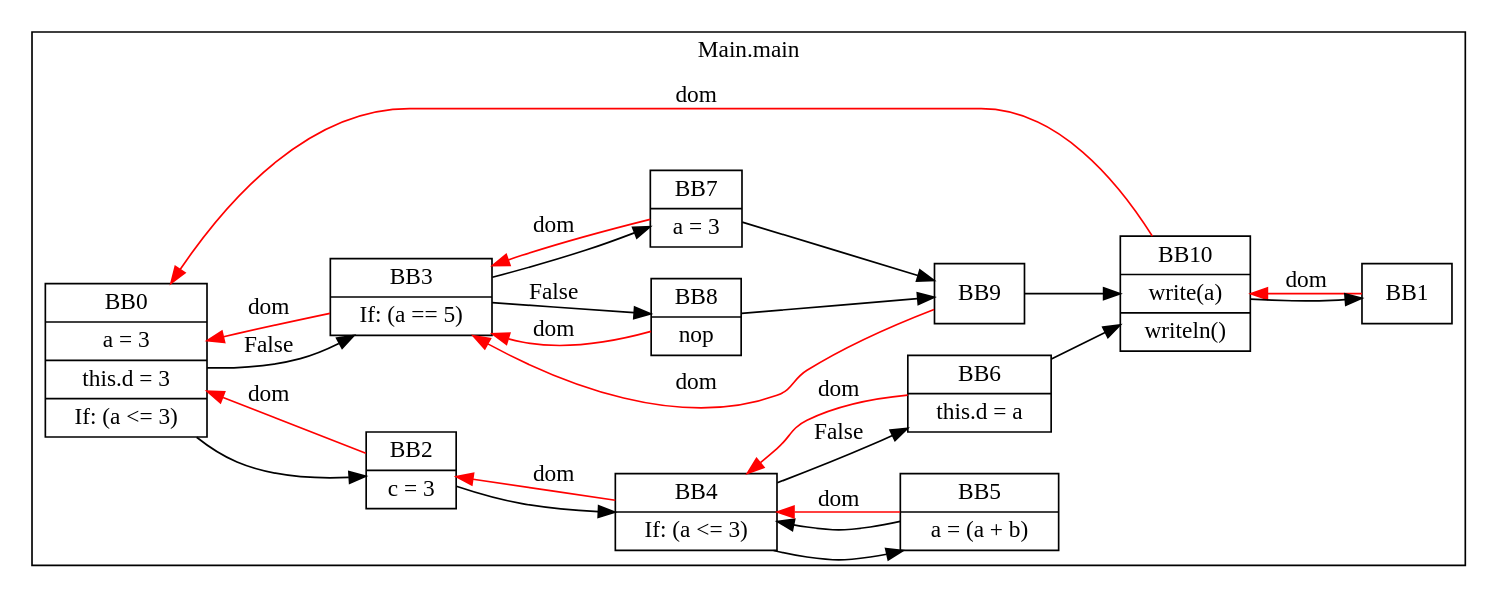
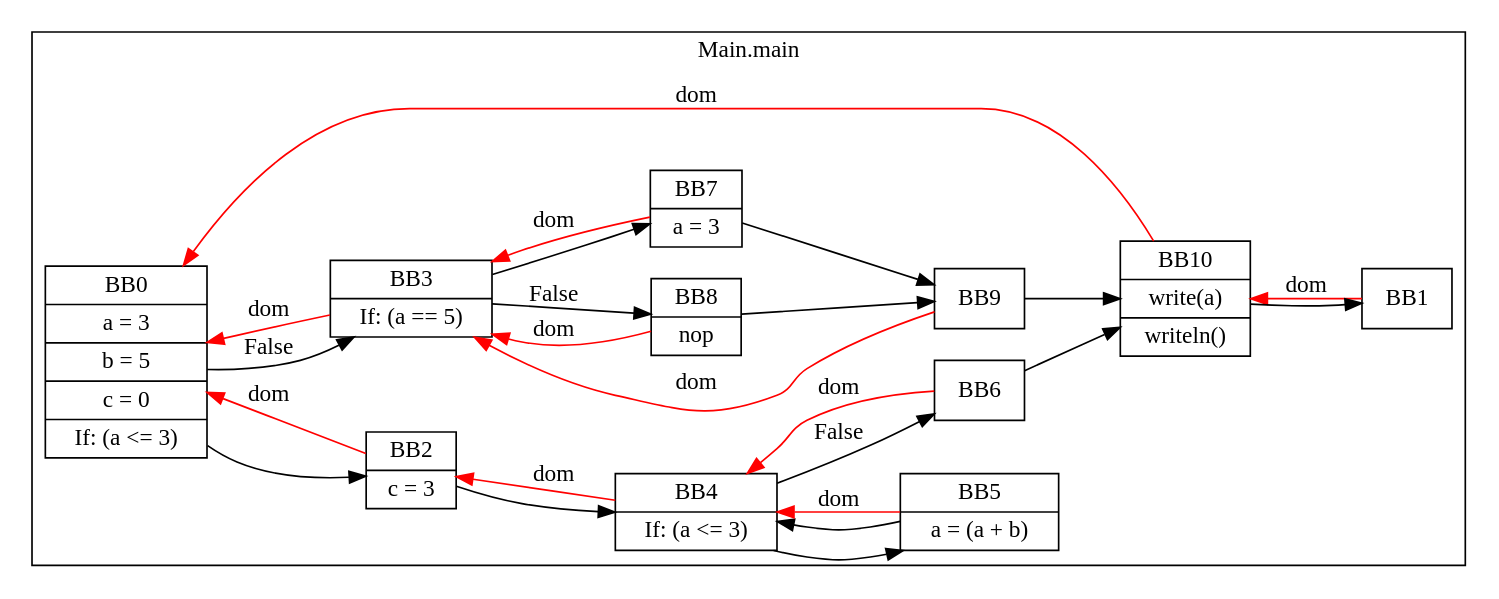
One commit to andreiparvu/ACD changed the diagram in CD2_A1/while.java.dom.dot. Above: the diagram before and after it, drawn with Graphviz. The commit also changed 4 other files, not shown here.

```diff
--- a/CD2_A1/while.java.dom.dot
+++ b/CD2_A1/while.java.dom.dot
@@ -1,73 +1,73 @@
 digraph G {
   graph [ rankdir = "LR" ];
   subgraph cluster_0 {
     label = "Main.main"
     M0_BB0 [
       shape="record"
-      label="BB0|a = 3|this.d = 3|If: (a \<= 3)"
+      label="BB0|a = 3|b = 5|c = 0|If: (a \<= 3)"
     ];
     M0_BB0 -> M0_BB2;
     M0_BB0 -> M0_BB3 [label="False"];
     M0_BB1 [
       shape="record"
       label="BB1"
     ];
     M0_BB1 -> M0_BB10 [color="red" label="dom"];
     M0_BB2 [
       shape="record"
       label="BB2|c = 3"
     ];
     M0_BB2 -> M0_BB4;
     M0_BB2 -> M0_BB0 [color="red" label="dom"];
     M0_BB3 [
       shape="record"
       label="BB3|If: (a == 5)"
     ];
     M0_BB3 -> M0_BB7;
     M0_BB3 -> M0_BB8 [label="False"];
     M0_BB3 -> M0_BB0 [color="red" label="dom"];
     M0_BB4 [
       shape="record"
       label="BB4|If: (a \<= 3)"
     ];
     M0_BB4 -> M0_BB5;
     M0_BB4 -> M0_BB6 [label="False"];
     M0_BB4 -> M0_BB2 [color="red" label="dom"];
     M0_BB5 [
       shape="record"
       label="BB5|a = (a + b)"
     ];
     M0_BB5 -> M0_BB4;
     M0_BB5 -> M0_BB4 [color="red" label="dom"];
     M0_BB6 [
       shape="record"
-      label="BB6|this.d = a"
+      label="BB6"
     ];
     M0_BB6 -> M0_BB10;
     M0_BB6 -> M0_BB4 [color="red" label="dom"];
     M0_BB7 [
       shape="record"
       label="BB7|a = 3"
     ];
     M0_BB7 -> M0_BB9;
     M0_BB7 -> M0_BB3 [color="red" label="dom"];
     M0_BB8 [
       shape="record"
       label="BB8|nop"
     ];
     M0_BB8 -> M0_BB9;
     M0_BB8 -> M0_BB3 [color="red" label="dom"];
     M0_BB9 [
       shape="record"
       label="BB9"
     ];
     M0_BB9 -> M0_BB10;
     M0_BB9 -> M0_BB3 [color="red" label="dom"];
     M0_BB10 [
       shape="record"
       label="BB10|write(a)|writeln()"
     ];
     M0_BB10 -> M0_BB1;
     M0_BB10 -> M0_BB0 [color="red" label="dom"];
   }
 }
```
